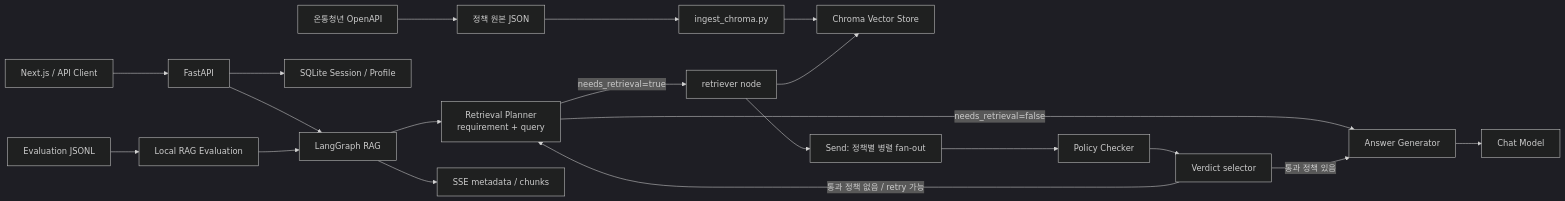
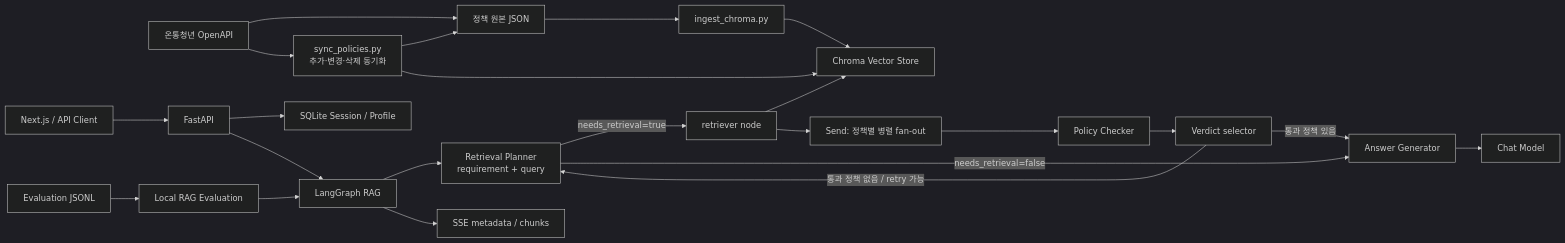
Before and after one commit to SungjinWi99/Youth-Policy-RAG: the diagram in README.md, drawn with Mermaid (dark theme). The commit also changed other lines of this file and 8 other files, not shown here.

First line of the commit message:
Consolidate policy collection and sync into scripts/sync_policies.py

````diff
--- a/README.md
+++ b/README.md
@@ -29,24 +29,27 @@
 ```mermaid
 flowchart LR
     API["온통청년 OpenAPI"] --> RAW["정책 원본 JSON"]
+    API --> SYNC["sync_policies.py<br/>추가·변경·삭제 동기화"]
+    SYNC --> RAW
+    SYNC --> CHROMA
     RAW --> INGEST["ingest_chroma.py"]
     INGEST --> CHROMA["Chroma Vector Store"]
 
     CLIENT["Next.js / API Client"] --> FASTAPI["FastAPI"]
     FASTAPI --> USERDB["SQLite Session / Profile"]
     FASTAPI --> GRAPH["LangGraph RAG"]
     GRAPH --> PLANNER["Retrieval Planner<br/>requirement + query"]
     PLANNER -->|"needs_retrieval=true"| RETRIEVE["retriever node"]
     PLANNER -->|"needs_retrieval=false"| GENERATOR["Answer Generator"]
     RETRIEVE --> CHROMA
     RETRIEVE --> SEND["Send: 정책별 병렬 fan-out"]
     SEND --> CHECKER["Policy Checker"]
     CHECKER --> SELECTOR["Verdict selector"]
     SELECTOR -->|"통과 정책 있음"| GENERATOR
     SELECTOR -->|"통과 정책 없음 / retry 가능"| PLANNER
     GENERATOR --> LLM["Chat Model"]
     GRAPH --> SSE["SSE metadata / chunks"]
 
     EVALDATA["Evaluation JSONL"] --> EVALRUN["Local RAG Evaluation"]
     EVALRUN --> GRAPH
 ```
````
